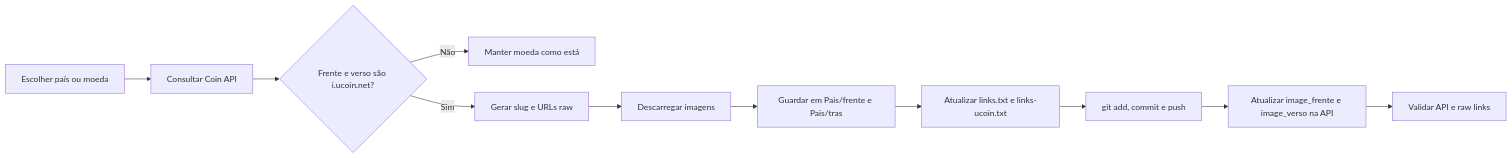
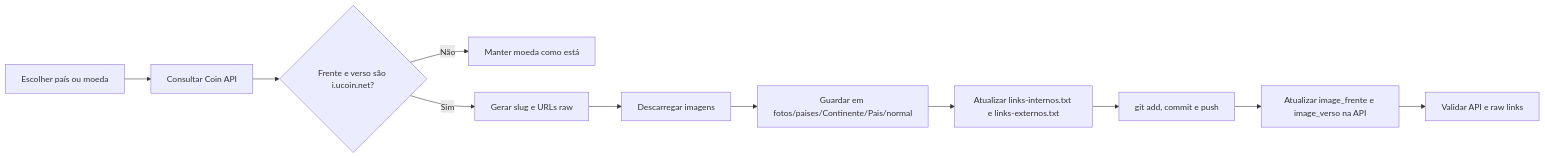
The diagram in README.md (Domandrenog/All_Coins), drawn with Mermaid before and after one commit. The commit also changed other lines of this file and 4514 other files, not shown here.

````diff
--- a/README.md
+++ b/README.md
@@ -19,13 +25,13 @@
 ```mermaid
 flowchart LR
   A[Escolher país ou moeda] --> B[Consultar Coin API]
   B --> C{Frente e verso são i.ucoin.net?}
   C -- Não --> D[Manter moeda como está]
   C -- Sim --> E[Gerar slug e URLs raw]
   E --> F[Descarregar imagens]
-  F --> G[Guardar em Pais/frente e Pais/tras]
-  G --> H[Atualizar links.txt e links-ucoin.txt]
+  F --> G[Guardar em fotos/paises/Continente/Pais/normal]
+  G --> H[Atualizar links-internos.txt e links-externos.txt]
   H --> I[git add, commit e push]
   I --> J[Atualizar image_frente e image_verso na API]
   J --> K[Validar API e raw links]
 ```
````
